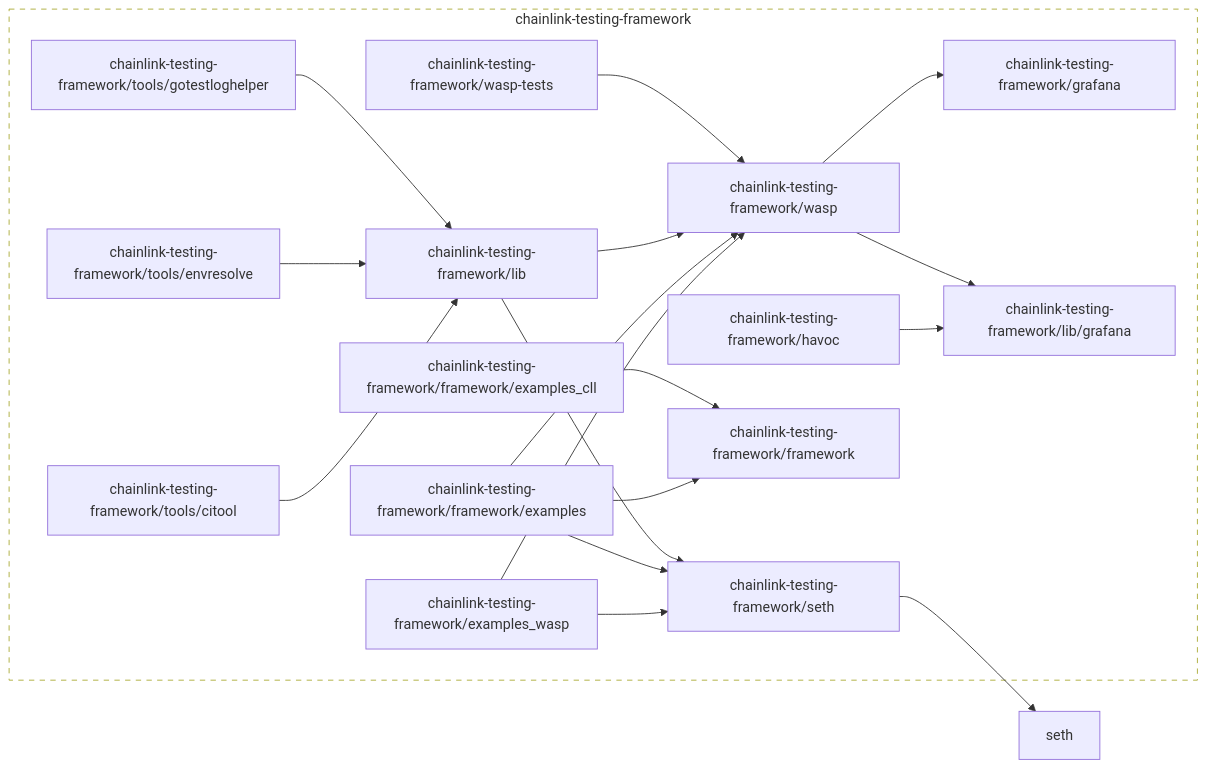
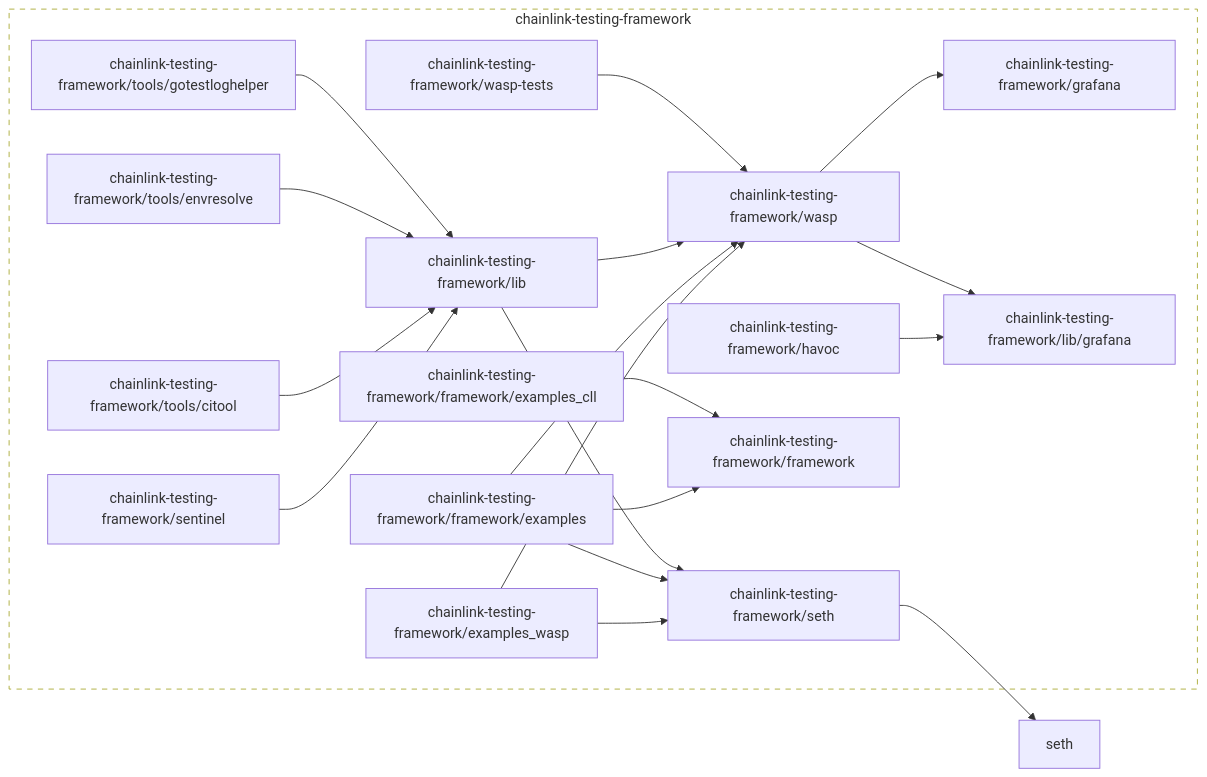
The diagram in go.md (smartcontractkit/chainlink-testing-framework), drawn with Mermaid before and after one commit.

Commit message:
update modgraph

````diff
--- a/go.md
+++ b/go.md
@@ -2,60 +2,63 @@
 ```mermaid
 flowchart LR
 
 	chainlink-testing-framework/examples_wasp --> chainlink-testing-framework/seth
 	chainlink-testing-framework/examples_wasp --> chainlink-testing-framework/wasp
 	click chainlink-testing-framework/examples_wasp href "https://github.com/smartcontractkit/chainlink-testing-framework"
 	chainlink-testing-framework/framework
 	click chainlink-testing-framework/framework href "https://github.com/smartcontractkit/chainlink-testing-framework"
 	chainlink-testing-framework/framework/examples --> chainlink-testing-framework/framework
 	chainlink-testing-framework/framework/examples --> chainlink-testing-framework/seth
 	chainlink-testing-framework/framework/examples --> chainlink-testing-framework/wasp
 	click chainlink-testing-framework/framework/examples href "https://github.com/smartcontractkit/chainlink-testing-framework"
 	chainlink-testing-framework/framework/examples_cll --> chainlink-testing-framework/framework
 	click chainlink-testing-framework/framework/examples_cll href "https://github.com/smartcontractkit/chainlink-testing-framework"
 	chainlink-testing-framework/grafana
 	click chainlink-testing-framework/grafana href "https://github.com/smartcontractkit/chainlink-testing-framework"
 	chainlink-testing-framework/havoc --> chainlink-testing-framework/lib/grafana
 	click chainlink-testing-framework/havoc href "https://github.com/smartcontractkit/chainlink-testing-framework"
 	chainlink-testing-framework/lib --> chainlink-testing-framework/seth
 	chainlink-testing-framework/lib --> chainlink-testing-framework/wasp
 	click chainlink-testing-framework/lib href "https://github.com/smartcontractkit/chainlink-testing-framework"
 	chainlink-testing-framework/lib/grafana
 	click chainlink-testing-framework/lib/grafana href "https://github.com/smartcontractkit/chainlink-testing-framework"
+	chainlink-testing-framework/sentinel --> chainlink-testing-framework/lib
+	click chainlink-testing-framework/sentinel href "https://github.com/smartcontractkit/chainlink-testing-framework"
 	chainlink-testing-framework/seth --> seth
 	click chainlink-testing-framework/seth href "https://github.com/smartcontractkit/chainlink-testing-framework"
 	chainlink-testing-framework/tools/citool --> chainlink-testing-framework/lib
 	click chainlink-testing-framework/tools/citool href "https://github.com/smartcontractkit/chainlink-testing-framework"
 	chainlink-testing-framework/tools/envresolve --> chainlink-testing-framework/lib
 	click chainlink-testing-framework/tools/envresolve href "https://github.com/smartcontractkit/chainlink-testing-framework"
 	chainlink-testing-framework/tools/gotestloghelper --> chainlink-testing-framework/lib
 	click chainlink-testing-framework/tools/gotestloghelper href "https://github.com/smartcontractkit/chainlink-testing-framework"
 	chainlink-testing-framework/wasp --> chainlink-testing-framework/grafana
 	chainlink-testing-framework/wasp --> chainlink-testing-framework/lib/grafana
 	click chainlink-testing-framework/wasp href "https://github.com/smartcontractkit/chainlink-testing-framework"
 	chainlink-testing-framework/wasp-tests --> chainlink-testing-framework/wasp
 	click chainlink-testing-framework/wasp-tests href "https://github.com/smartcontractkit/chainlink-testing-framework"
 	seth
 	click seth href "https://github.com/smartcontractkit/seth"
 
 	subgraph chainlink-testing-framework-repo[chainlink-testing-framework]
 		 chainlink-testing-framework/examples_wasp
 		 chainlink-testing-framework/framework
 		 chainlink-testing-framework/framework/examples
 		 chainlink-testing-framework/framework/examples_cll
 		 chainlink-testing-framework/grafana
 		 chainlink-testing-framework/havoc
 		 chainlink-testing-framework/lib
 		 chainlink-testing-framework/lib/grafana
+		 chainlink-testing-framework/sentinel
 		 chainlink-testing-framework/seth
 		 chainlink-testing-framework/tools/citool
 		 chainlink-testing-framework/tools/envresolve
 		 chainlink-testing-framework/tools/gotestloghelper
 		 chainlink-testing-framework/wasp
 		 chainlink-testing-framework/wasp-tests
 	end
 	click chainlink-testing-framework-repo href "https://github.com/smartcontractkit/chainlink-testing-framework"
 
 	classDef outline stroke-dasharray:6,fill:none;
 	class chainlink-testing-framework-repo outline
 ```
````
